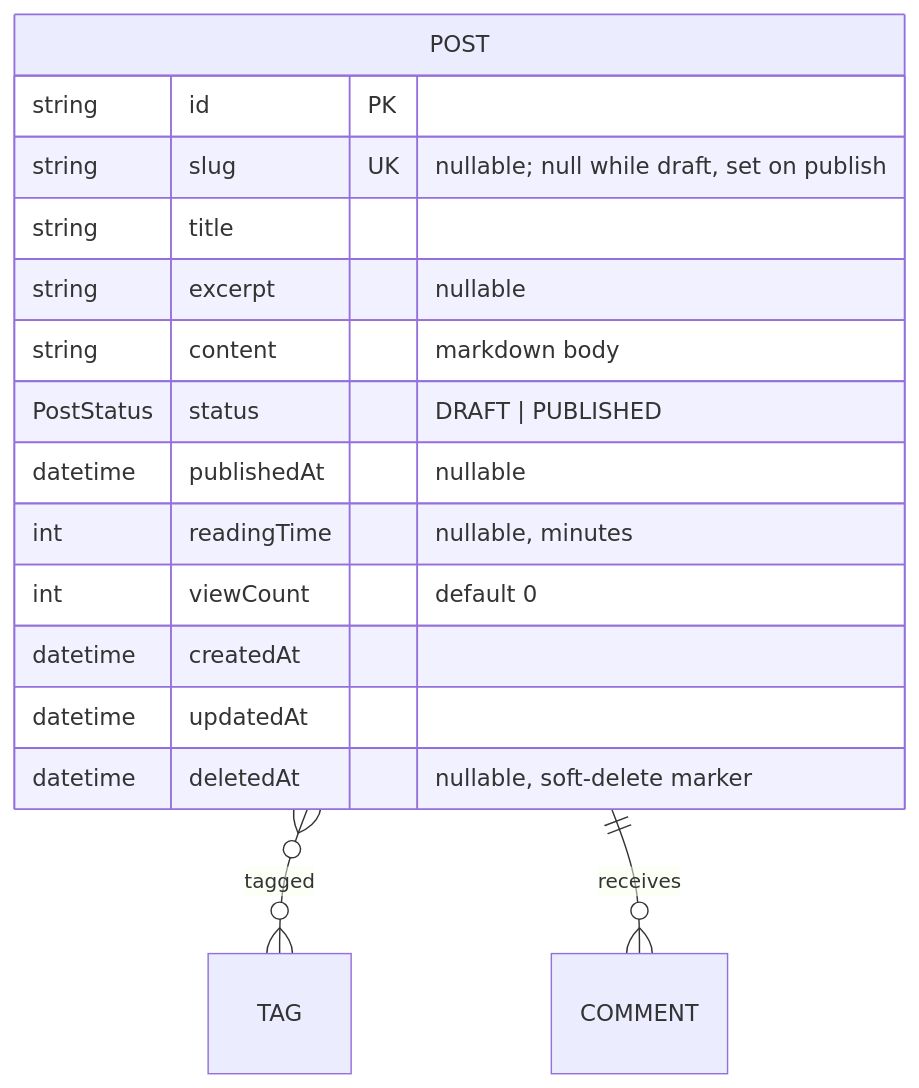
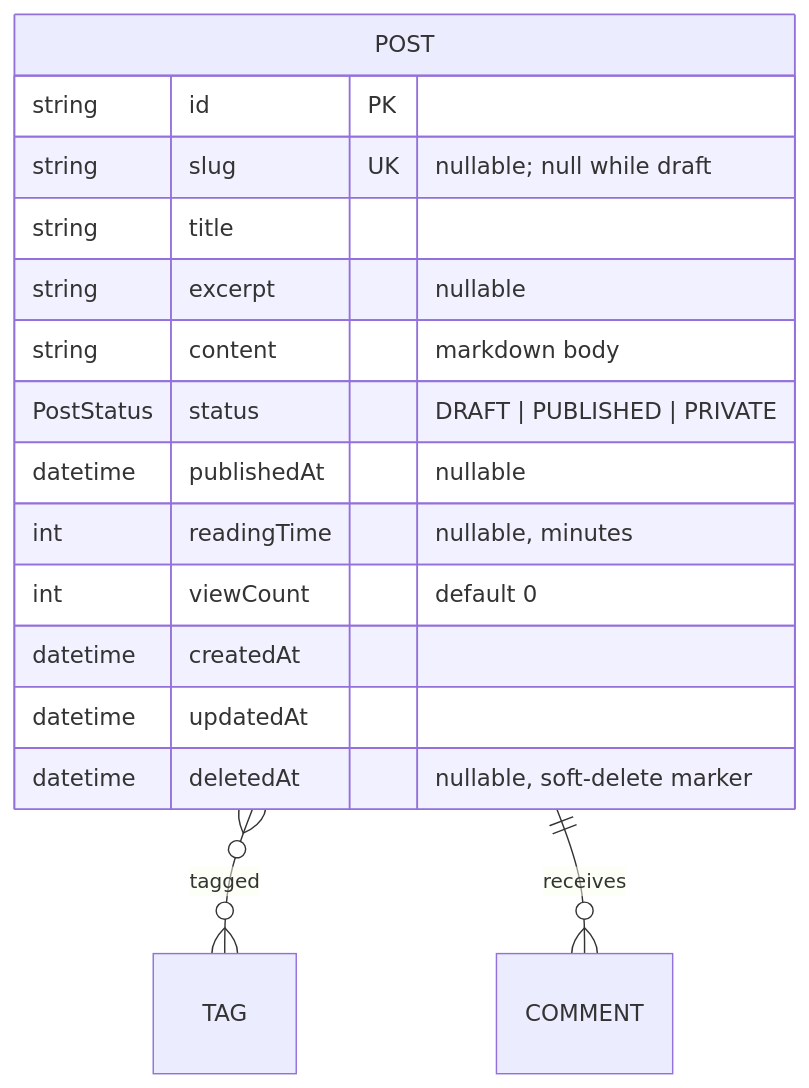
The diagram in design/domain/post.md (MASKUN2/inhology), drawn with Mermaid before and after one commit. The commit also changed other lines of this file and 31 other files, not shown here.

````diff
--- a/design/domain/post.md
+++ b/design/domain/post.md
@@ -6,20 +6,20 @@
 ```mermaid
 erDiagram
     POST     }o--o{ TAG : "tagged"
     POST     ||--o{ COMMENT : "receives"
 
     POST {
         string     id PK
-        string     slug UK "nullable; null while draft, set on publish"
+        string     slug UK "nullable; null while draft"
         string     title
         string     excerpt "nullable"
         string     content "markdown body"
-        PostStatus status "DRAFT | PUBLISHED"
+        PostStatus status "DRAFT | PUBLISHED | PRIVATE"
         datetime   publishedAt "nullable"
         int        readingTime "nullable, minutes"
         int        viewCount "default 0"
         datetime   createdAt
         datetime   updatedAt
         datetime   deletedAt "nullable, soft-delete marker"
     }
 ```
````
